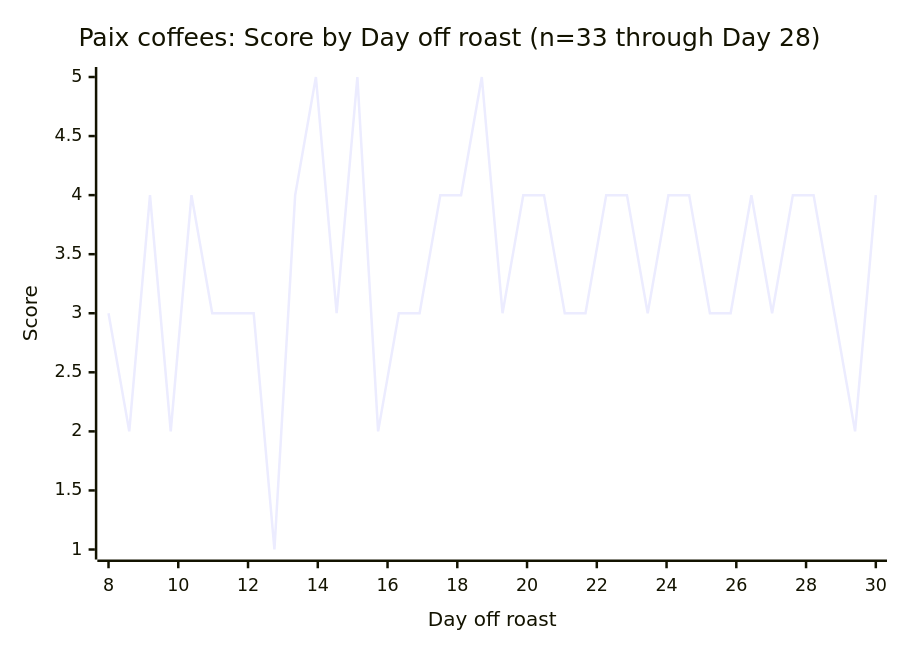
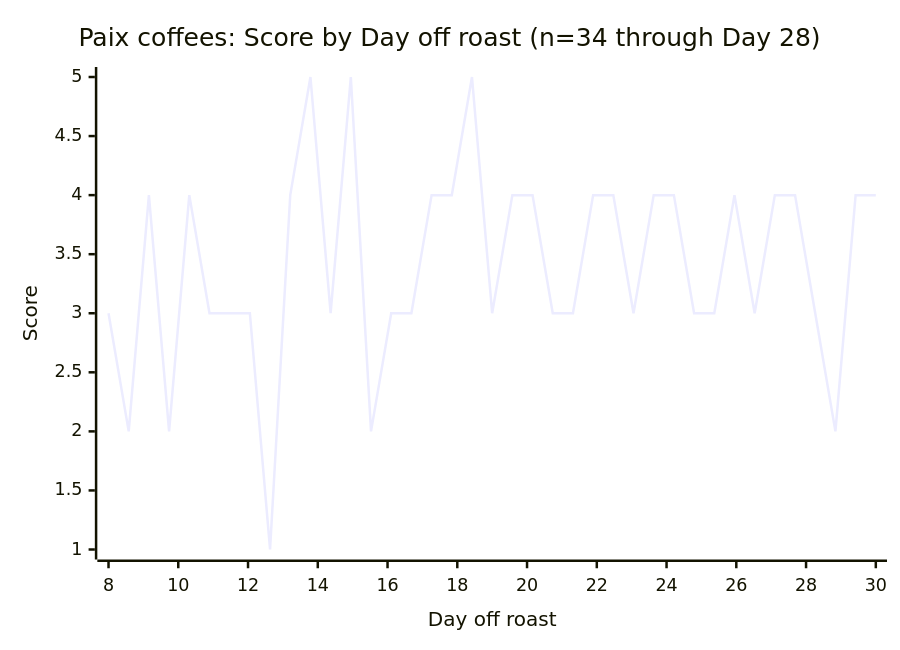
The fifth of 7 diagrams in joshua-martin/profile.md (manuscriptmastr/coffee-journal), drawn with Mermaid before and after one commit. The commit also changed other lines of this file and 1 other file, not shown here.

Commit message:
Log Paix D28 Blue Strudel 6.40 S4; defer Blue Strudel refit pending more anchors

````diff
--- a/joshua-martin/profile.md
+++ b/joshua-martin/profile.md
@@ -387,7 +388,7 @@
 ```mermaid
 xychart-beta
-    title "Paix coffees: Score by Day off roast (n=33 through Day 28)"
+    title "Paix coffees: Score by Day off roast (n=34 through Day 28)"
     x-axis "Day off roast" 8 --> 30
     y-axis "Score" 1 --> 5
-    line [3, 2, 4, 2, 4, 3, 3, 3, 1, 4, 5, 3, 5, 2, 3, 3, 4, 4, 5, 3, 4, 4, 3, 3, 4, 4, 3, 4, 4, 3, 3, 4, 3, 4, 4, 3, 2, 4]
+    line [3, 2, 4, 2, 4, 3, 3, 3, 1, 4, 5, 3, 5, 2, 3, 3, 4, 4, 5, 3, 4, 4, 3, 3, 4, 4, 3, 4, 4, 3, 3, 4, 3, 4, 4, 3, 2, 4, 4]
 ```
````
